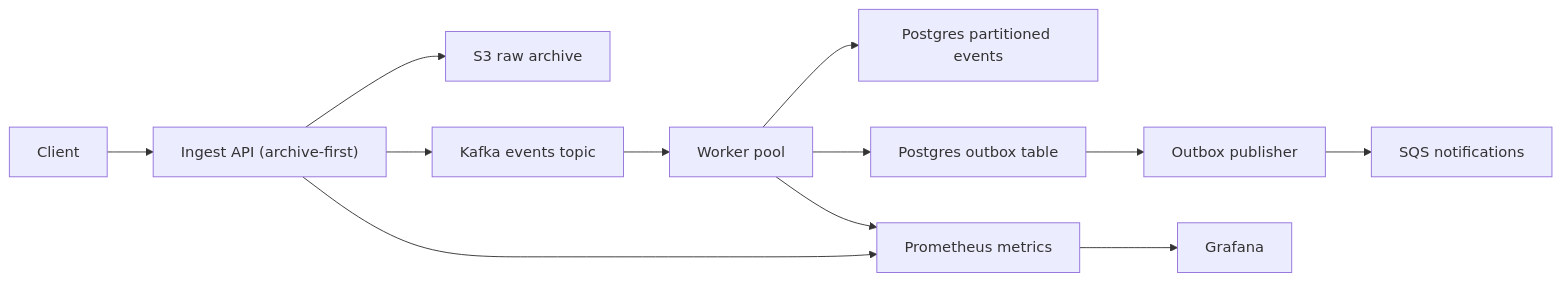
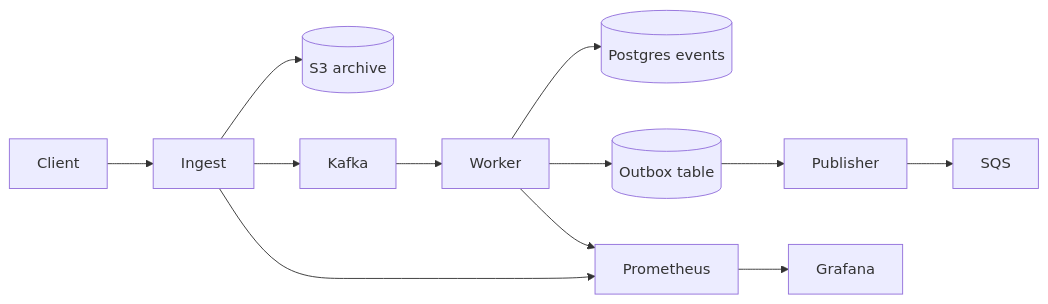
The diagram in README.md (officialasishkumar/streamforge), drawn with Mermaid before and after one commit. The commit also changed other lines of this file, not shown here.

````diff
--- a/README.md
+++ b/README.md
@@ -22,14 +9,14 @@
 ```mermaid
 flowchart LR
-  Client --> Ingest["Ingest API (archive-first)"]
-  Ingest --> S3["S3 raw archive"]
-  Ingest --> Kafka["Kafka events topic"]
-  Kafka --> Worker["Worker pool"]
-  Worker --> Postgres["Postgres partitioned events"]
-  Worker --> Outbox["Postgres outbox table"]
-  Outbox --> Publisher["Outbox publisher"]
-  Publisher --> SQS["SQS notifications"]
-  Ingest --> Prom["Prometheus metrics"]
+  Client --> Ingest
+  Ingest --> S3[(S3 archive)]
+  Ingest --> Kafka
+  Kafka --> Worker
+  Worker --> Postgres[(Postgres events)]
+  Worker --> Outbox[(Outbox table)]
+  Outbox --> Publisher
+  Publisher --> SQS
+  Ingest --> Prom[Prometheus]
   Worker --> Prom
   Prom --> Grafana
 ```
````
